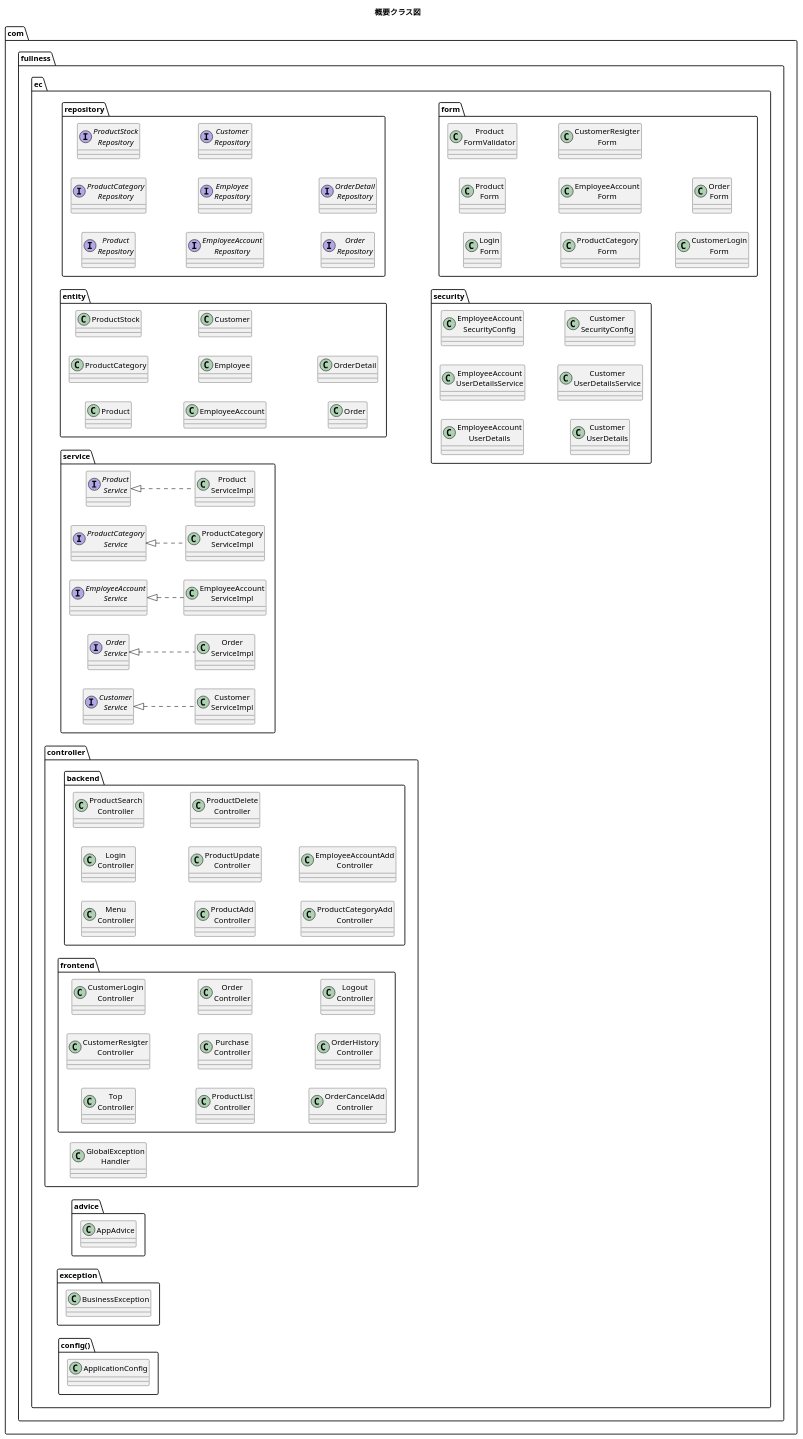
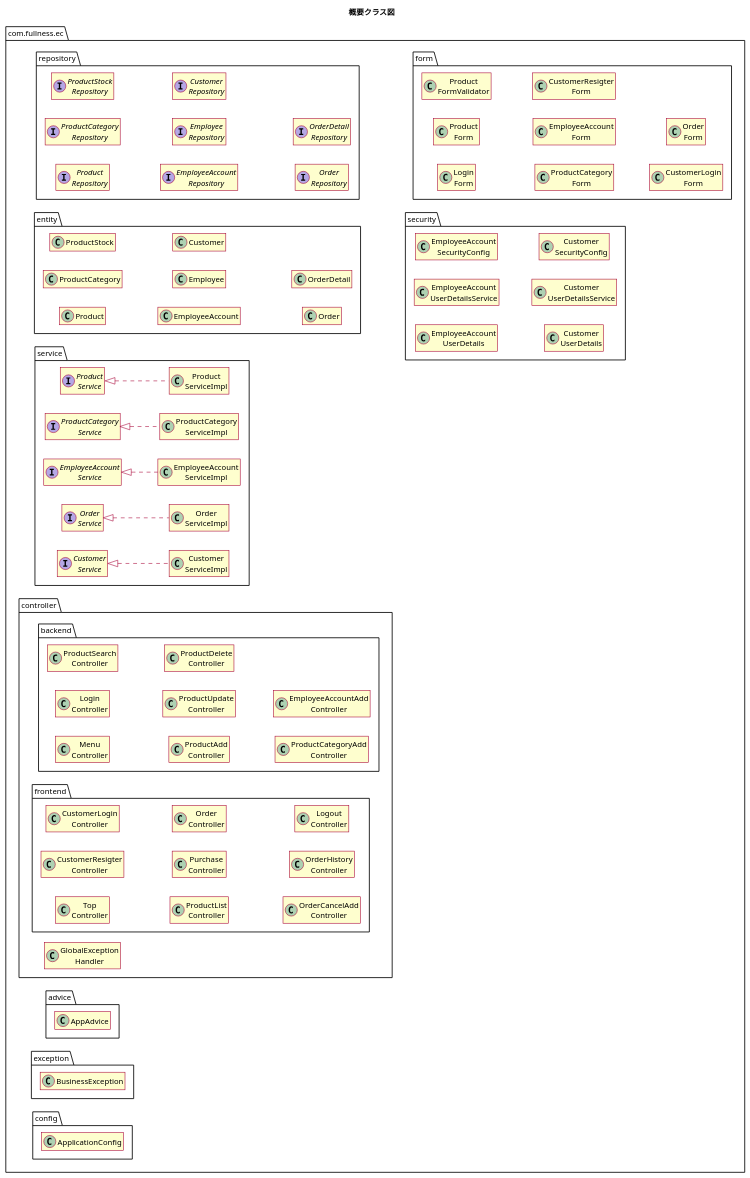
The diagram in plan/diagram/class/package_all.puml (imagepit/fullness-ec), drawn with PlantUML before and after one commit. The commit also changed 30 other files, not shown here.

```diff
--- a/plan/diagram/class/package_all.puml
+++ b/plan/diagram/class/package_all.puml
@@ -1,109 +1,111 @@
 @startuml
-
+skin rose
+skinparam shadowing false
 title 概要クラス図
 left to right direction
-
-package com.fullness.ec{
+hide empty members
+package "com.fullness.ec" as ec{
     package repository{
     	interface "Product\nRepository" as ProductRepository
     	interface "ProductCategory\nRepository" as ProductCategoryRepository
     	interface "ProductStock\nRepository" as ProductStockRepository
     	interface "EmployeeAccount\nRepository" as EmployeeAccountRepository
     	interface "Employee\nRepository" as EmployeeRepository
     	interface "Customer\nRepository" as CustomerRepository
     	interface "Order\nRepository" as OrderRepository
     	interface "OrderDetail\nRepository" as OrderDetailRepository
     }
     package entity{
     	class Product
     	class ProductCategory
     	class ProductStock
     	class EmployeeAccount
     	class Employee
     	class Customer
     	class Order
     	class OrderDetail
     }
 
     package service{
         interface "Product\nService" as ProductService
         class "Product\nServiceImpl" as ProductServiceImpl
         interface "ProductCategory\nService" as ProductCategoryService
         class "ProductCategory\nServiceImpl" as ProductCategoryServiceImpl
         interface "EmployeeAccount\nService" as EmployeeAccountService
         class "EmployeeAccount\nServiceImpl" as EmployeeAccountServiceImpl
         interface "Order\nService" as OrderService
         class "Order\nServiceImpl" as OrderServiceImpl
         interface "Customer\nService" as CustomerService
         class "Customer\nServiceImpl" as CustomerServiceImpl
         OrderService <|.. OrderServiceImpl
         ProductService <|.. ProductServiceImpl
         CustomerService <|.. CustomerServiceImpl
         ProductCategoryService <|.. ProductCategoryServiceImpl
         EmployeeAccountService <|.. EmployeeAccountServiceImpl
     }
 
     package controller{
         class "GlobalException\nHandler" as GlobalExceptionHandler
         package backend{
             class "Menu\nController" as MenuController
             class "Login\nController" as LoginController
             class "ProductSearch\nController" as ProductSearchController
             class "ProductAdd\nController" as ProductAddController
             class "ProductUpdate\nController" as ProductUpdateController
             class "ProductDelete\nController" as ProductDeleteController
             class "ProductCategoryAdd\nController" as ProductCategoryAddController
             class "EmployeeAccountAdd\nController" as EmployeeAccountAddController
         }
         package frontend{
             class "Top\nController" as TopController
             class "CustomerResigter\nController" as CustomerResigterController
             class "CustomerLogin\nController" as CustomerLoginController
             class "ProductList\nController" as ProductListController
             class "Purchase\nController" as PurchaseController
             class "Order\nController" as OrderController
             class "OrderCancelAdd\nController" as OrderCancelAddController
             class "OrderHistory\nController" as OrderHistoryController
             class "Logout\nController" as LogoutController
         }
     }
 
     package form {
         class "Login\nForm" as LoginForm
         class "Product\nForm" as ProductForm
         class "Product\nFormValidator" as ProductFormValidator
         class "ProductCategory\nForm" as ProductCategoryForm
         class "EmployeeAccount\nForm" as EmployeeAccountForm
         class "CustomerResigter\nForm" as CustomerResigterForm
         class "CustomerLogin\nForm" as CustomerLoginForm
         class "Order\nForm" as OrderForm
     }
+    
     package security{
         class "EmployeeAccount\nUserDetails" as EmployeeAccountUserDetails
         class "EmployeeAccount\nUserDetailsService" as EmployeeAccountUserDetailsService
         class "EmployeeAccount\nSecurityConfig" as EmployeeAccountSecurityConfig
         class "Customer\nUserDetails" as CustomerUserDetails
         class "Customer\nUserDetailsService" as CustomerUserDetailsService
         class "Customer\nSecurityConfig" as CustomerSecurityConfig
     }
 
     package advice{
         class "AppAdvice" as AppAdvice
     }
 
     package exception{
         class "BusinessException" as BusinessException
     }
 
-    package config(){
+    package config{
         class "ApplicationConfig" as ApplicationConfig
     }
 }
 
 
-' controller -> service : use
+' controller ---> service : use
 ' controller --> form : use
 ' service --> repository : call
 ' repository --> entity : use
 
 @enduml
```
